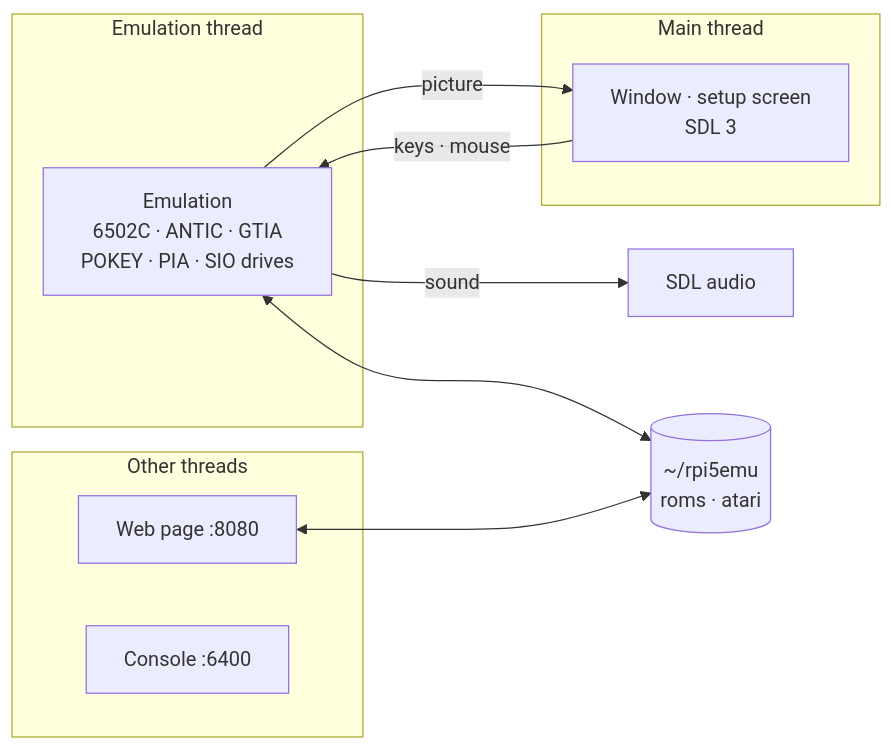
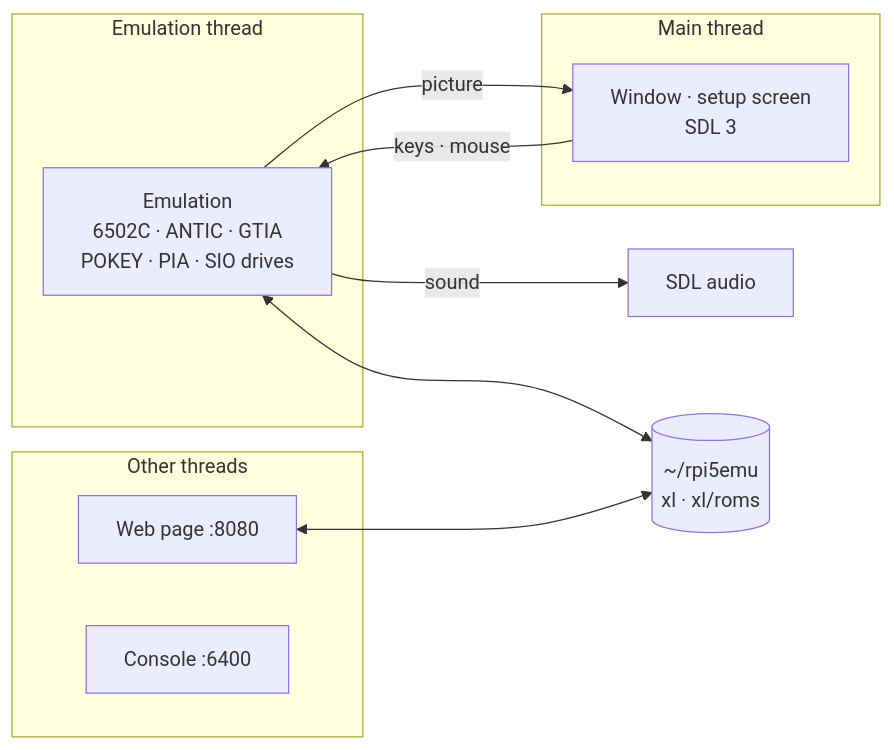
Before and after one commit to rlucencic/sdlxl: the diagram in README.md, drawn with Mermaid. The commit also changed other lines of this file and 3 other files, not shown here.

First line of the commit message:
ROMs in ~/rpi5emu/xl/roms, disk images in xl/ (was atari/)

````diff
--- a/README.md
+++ b/README.md
@@ -172,19 +172,19 @@
 ```mermaid
 flowchart LR
   subgraph emu [Emulation thread]
     EMU["Emulation<br>6502C · ANTIC · GTIA<br>POKEY · PIA · SIO drives"]
   end
   subgraph main [Main thread]
     WIN["Window · setup screen<br>SDL 3"]
   end
   subgraph others [Other threads]
     WEB[Web page :8080]
     CON[Console :6400]
   end
   EMU -- picture --> WIN
   EMU -- sound --> SND[SDL audio]
   WIN -- keys · mouse --> EMU
-  DATA[("~/rpi5emu<br>roms · atari")]
+  DATA[("~/rpi5emu<br>xl · xl/roms")]
   EMU <--> DATA
   WEB <--> DATA
 ```
````
